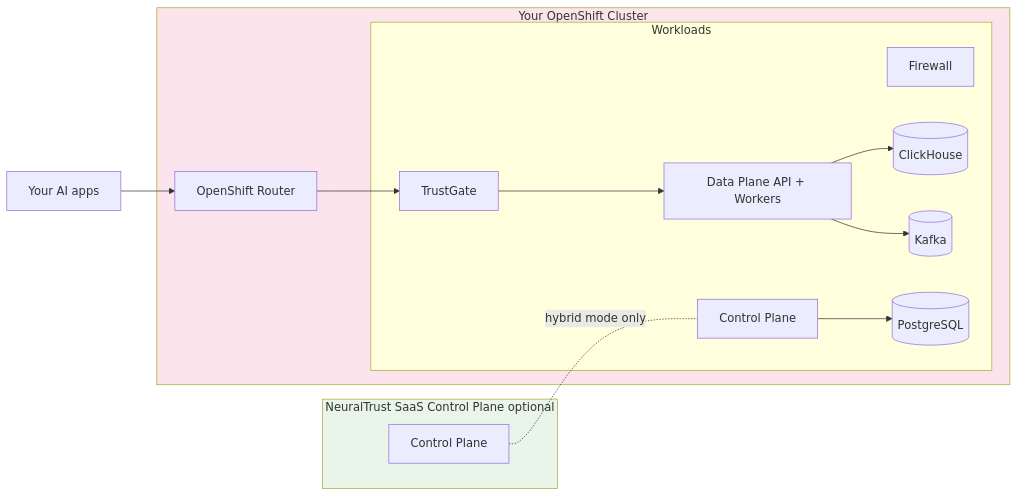
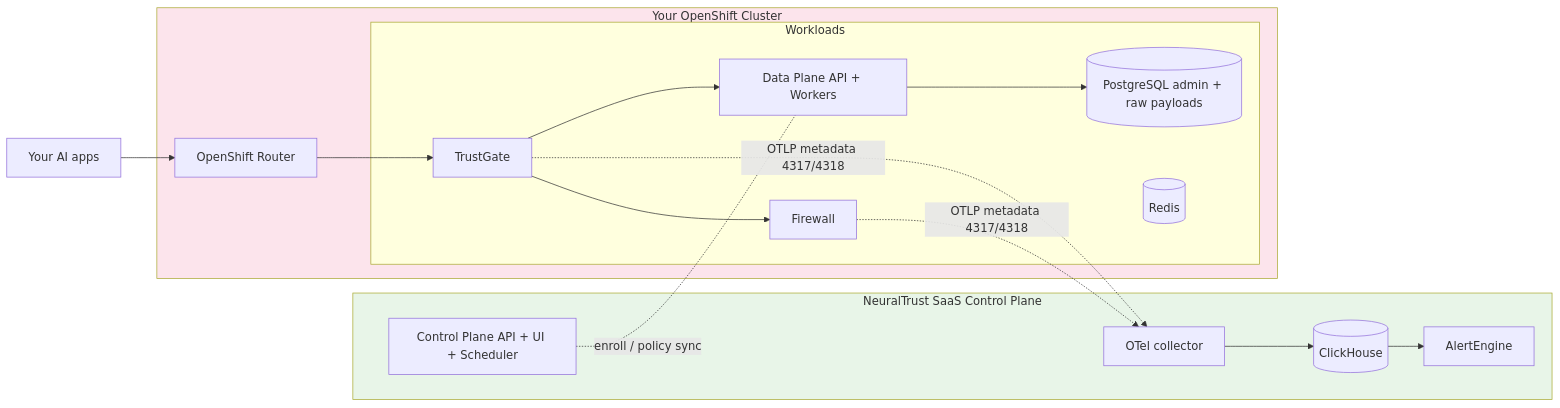
The diagram in neuraltrust/deployment/openshift/overview.mdx (NeuralTrust/docs), drawn with Mermaid before and after one commit. The commit also changed other lines of this file and 26 other files, not shown here.

````diff
--- a/neuraltrust/deployment/openshift/overview.mdx
+++ b/neuraltrust/deployment/openshift/overview.mdx
@@ -64,30 +61,33 @@
 ```mermaid
 flowchart LR
-    subgraph NT[NeuralTrust SaaS Control Plane optional]
-        Portal[Control Plane]
+    subgraph NT[NeuralTrust SaaS Control Plane]
+        Portal[Control Plane API + UI + Scheduler]
+        OTEL[OTel collector]
+        CH[(ClickHouse)]
+        AE[AlertEngine]
+        OTEL --> CH --> AE
     end
 
     subgraph OCP[Your OpenShift Cluster]
         subgraph WORK[Workloads]
             TG[TrustGate]
-            CP[Control Plane]
             DP[Data Plane API + Workers]
             FW[Firewall]
-            CH[(ClickHouse)]
-            KAF[(Kafka)]
-            PG[(PostgreSQL)]
+            PG[(PostgreSQL admin + raw payloads)]
+            RD[(Redis)]
         end
         Router[OpenShift Router]
     end
 
     Apps[Your AI apps] --> Router --> TG
     TG --> DP
-    DP --> CH
-    DP --> KAF
-    CP --> PG
+    TG --> FW
+    DP --> PG
 
-    Portal -. hybrid mode only .- CP
+    TG -. OTLP metadata 4317/4318 .-> OTEL
+    FW -. OTLP metadata 4317/4318 .-> OTEL
+    Portal -. enroll / policy sync .- DP
 
     style OCP fill:#fce4ec
     style NT fill:#e8f5e8
 ```
````
